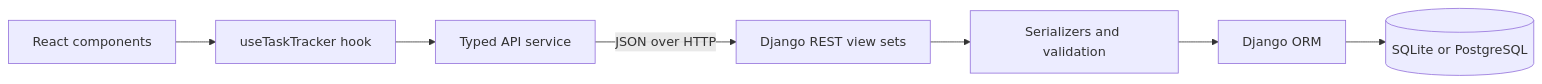
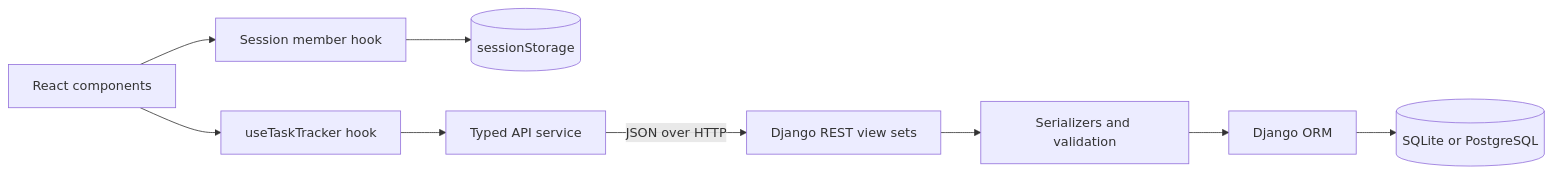
The first of 2 diagrams in README.md (MarinJursic/spark-task-tracker), drawn with Mermaid before and after one commit. The commit also changed other lines of this file and 31 other files, not shown here.

````diff
--- a/README.md
+++ b/README.md
@@ -68,9 +73,11 @@
 ```mermaid
 flowchart LR
   A[React components] --> B[useTaskTracker hook]
+  A --> H[Session member hook]
+  H --> I[(sessionStorage)]
   B --> C[Typed API service]
   C -->|JSON over HTTP| D[Django REST view sets]
   D --> E[Serializers and validation]
   E --> F[Django ORM]
   F --> G[(SQLite or PostgreSQL)]
 ```
````
